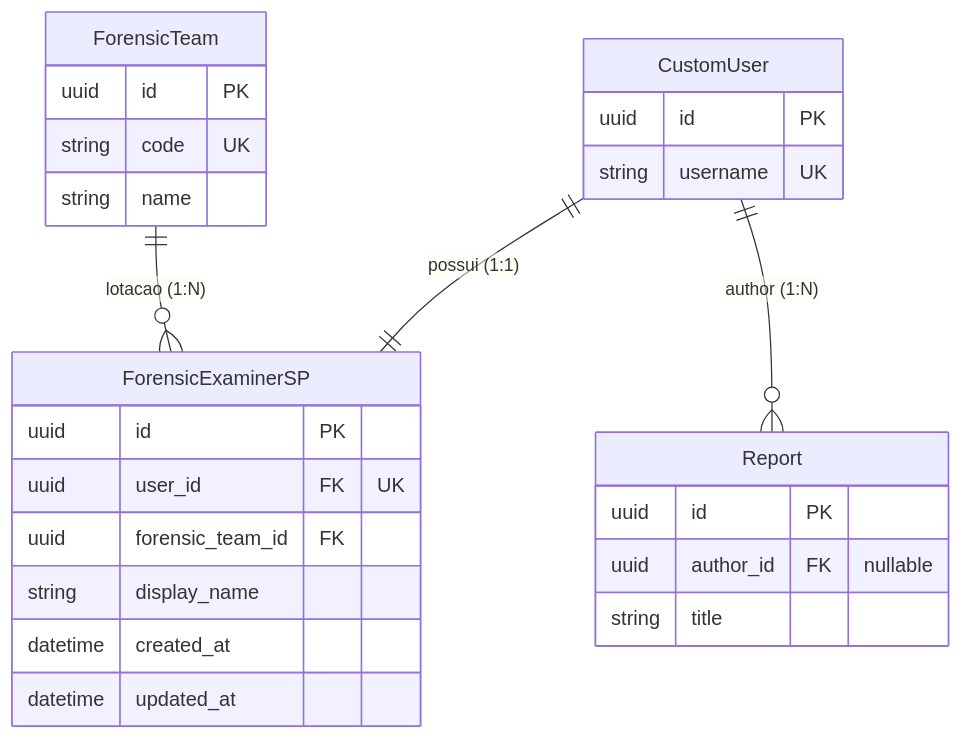
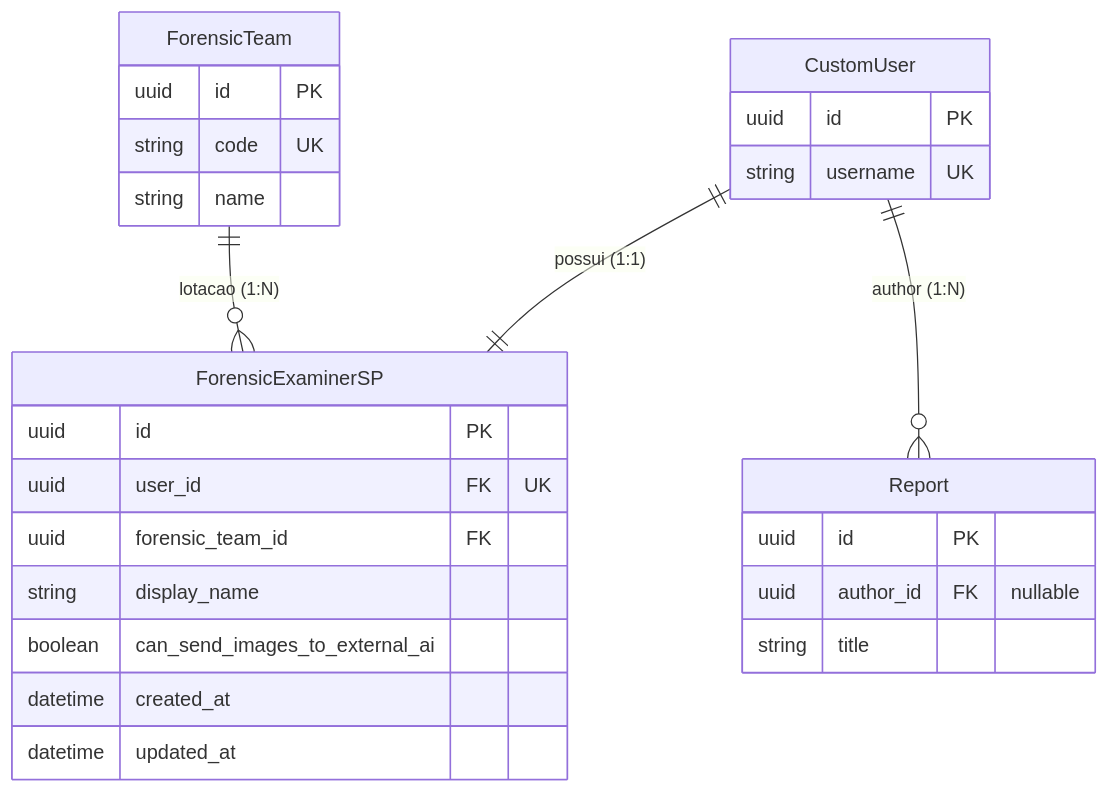
Before and after one commit to PeritoCriminal/reportline: the first of 2 diagrams in docs/architecture/05-profiles.md, drawn with Mermaid. The commit also changed other lines of this file and 10 other files, not shown here.

````diff
--- a/docs/architecture/05-profiles.md
+++ b/docs/architecture/05-profiles.md
@@ -65,32 +66,33 @@
 ```mermaid
 erDiagram
     CustomUser ||--|| ForensicExaminerSP : "possui (1:1)"
     ForensicTeam ||--o{ ForensicExaminerSP : "lotacao (1:N)"
     CustomUser ||--o{ Report : "author (1:N)"
 
     CustomUser {
         uuid id PK
         string username UK
     }
 
     ForensicExaminerSP {
         uuid id PK
         uuid user_id FK "UK"
         uuid forensic_team_id FK
         string display_name
+        boolean can_send_images_to_external_ai
         datetime created_at
         datetime updated_at
     }
 
     ForensicTeam {
         uuid id PK
         string code UK
         string name
     }
 
     Report {
         uuid id PK
         uuid author_id FK "nullable"
         string title
     }
 ```
````
